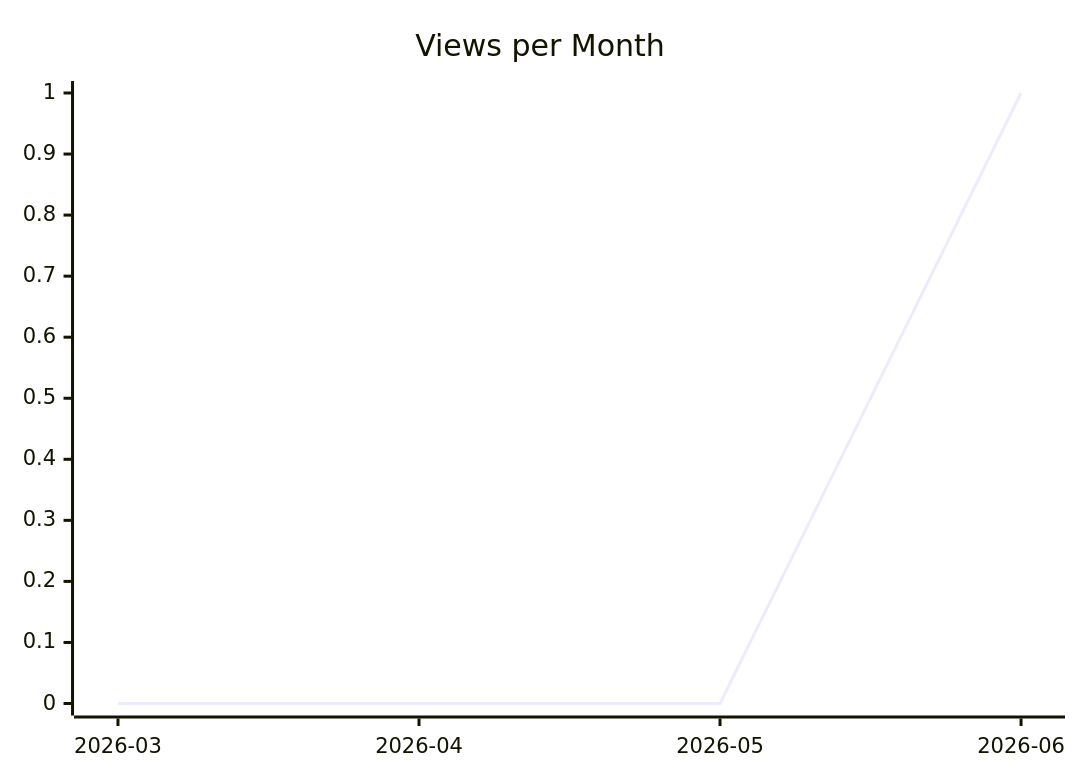
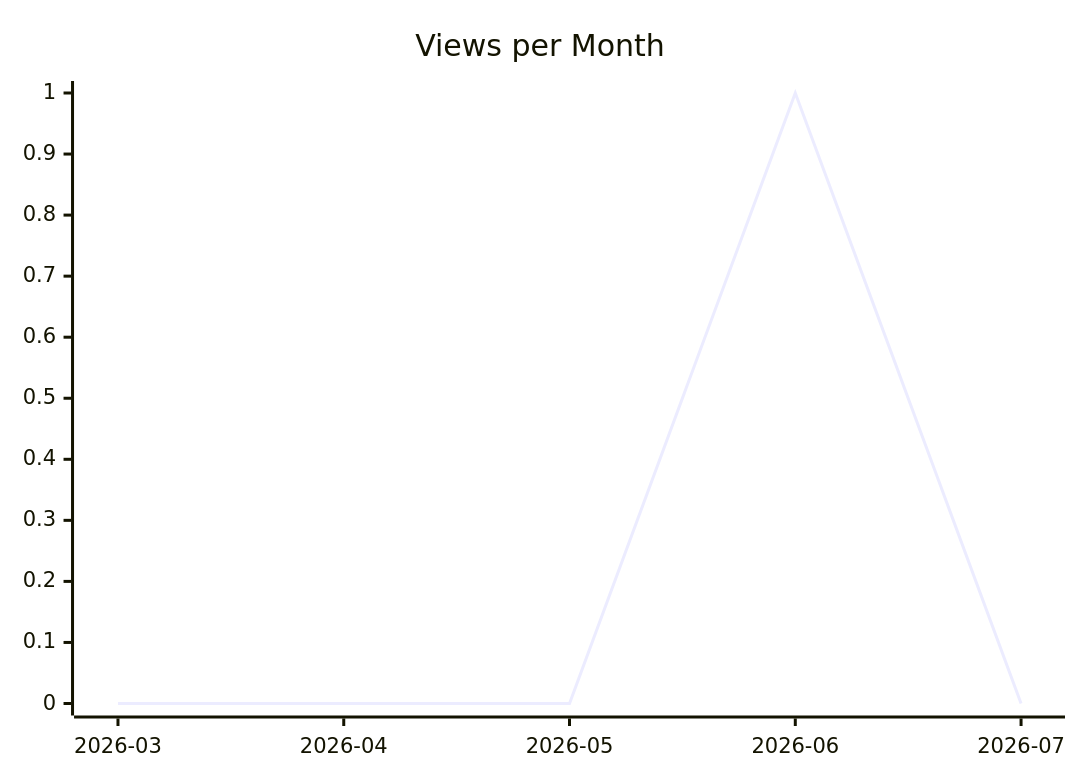
One commit to justdavis-family/github-analytics-data changed the second of 3 diagrams in karlmdavis/perfect-note/README.md. Above: the diagram before and after it, drawn with Mermaid. The commit also changed other lines of this file and 199 other files, not shown here.

````diff
--- a/karlmdavis/perfect-note/README.md
+++ b/karlmdavis/perfect-note/README.md
@@ -12,6 +12,6 @@
 ```mermaid
 xychart-beta
   title "Views per Month"
-  x-axis ["2026-03", "2026-04", "2026-05", "2026-06"]
-  line [0, 0, 0, 1]
+  x-axis ["2026-03", "2026-04", "2026-05", "2026-06", "2026-07"]
+  line [0, 0, 0, 1, 0]
 ```
````
